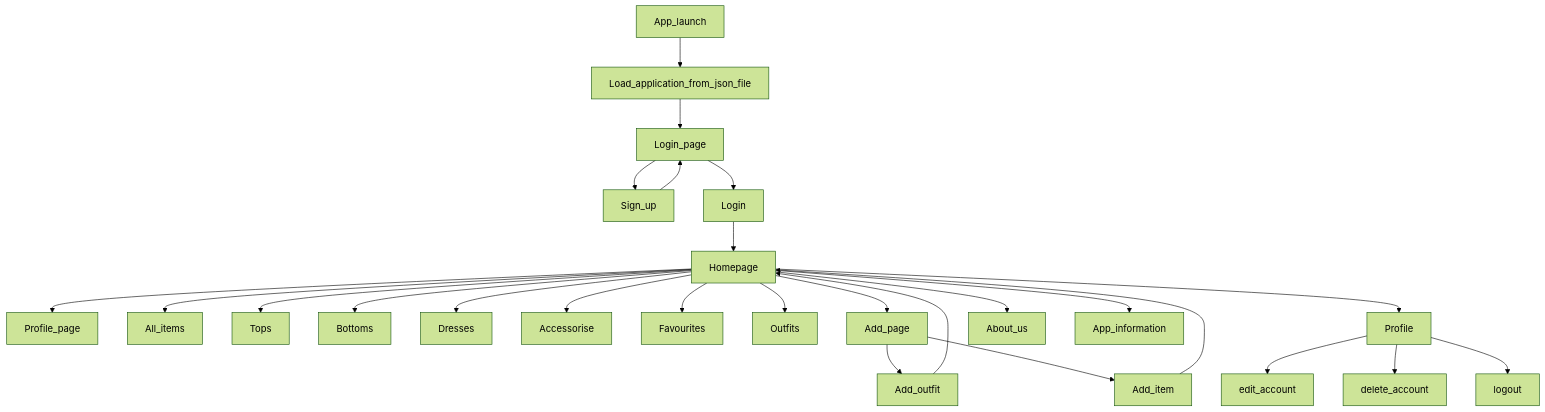
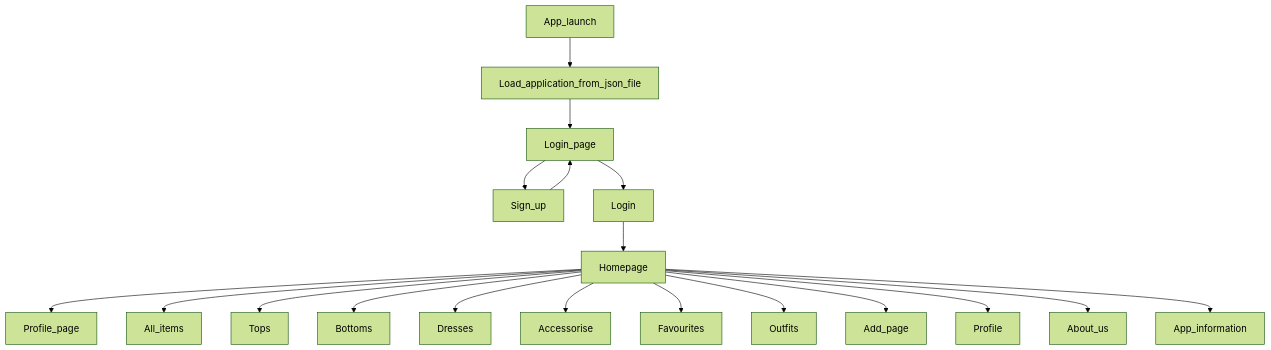
The diagram in readme.md (IreneAvezzu/test_), drawn with Mermaid (forest theme) before and after one commit.

````diff
--- a/readme.md
+++ b/readme.md
@@ -5,28 +5,21 @@
 ```mermaid
 graph TD;
   App_launch-->Load_application_from_json_file;
   Load_application_from_json_file-->Login_page;
   Login_page-->Sign_up;
   Sign_up-->Login_page;
   Login_page-->Login;
   Login-->Homepage;
   Homepage-->Profile_page;
   Homepage-->All_items;
   Homepage-->Tops;
   Homepage-->Bottoms;
   Homepage-->Dresses;
   Homepage-->Accessorise;
   Homepage-->Favourites;
   Homepage-->Outfits;
   Homepage-->Add_page;
   Homepage-->Profile;
   Homepage-->About_us;
   Homepage-->App_information;
-  Add_page-->Add_outfit;
-  Add_page-->Add_item;
-  Add_outfit-->Homepage;
-  Add_item-->Homepage;
-  Profile-->edit_account;
-  Profile-->delete_account;
-  Profile-->logout;
 ```
````
